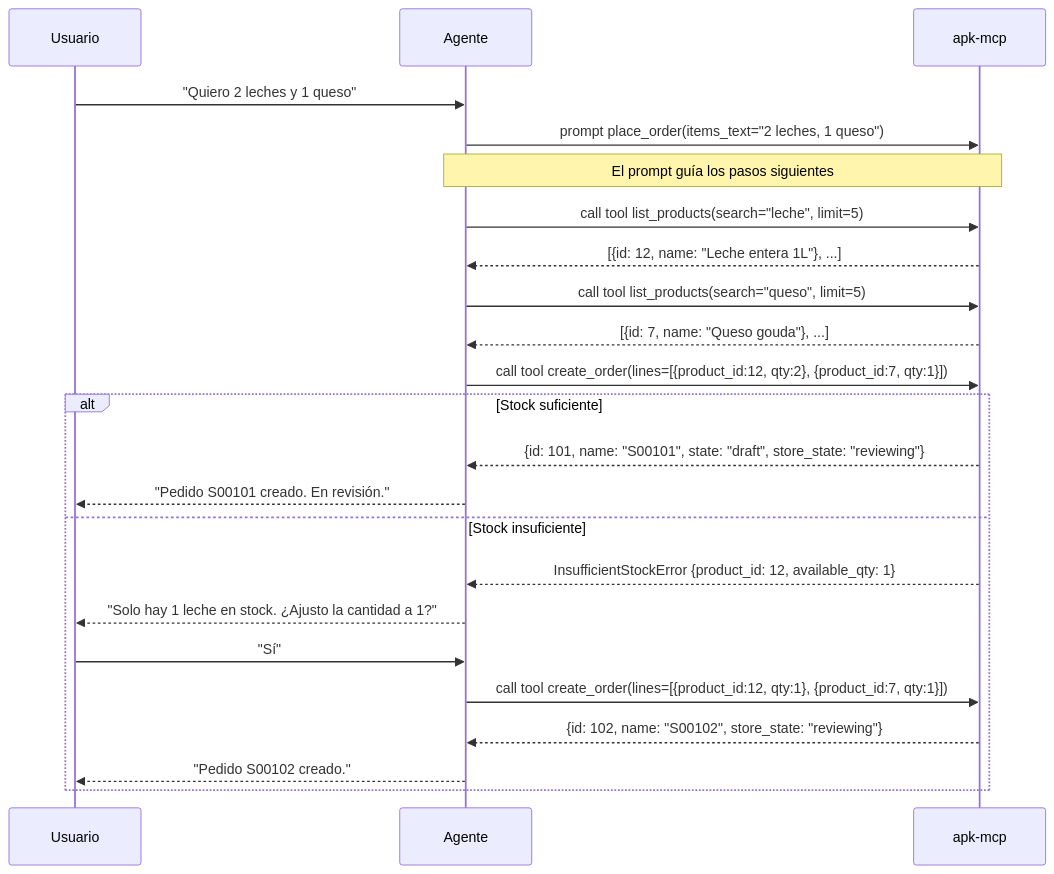
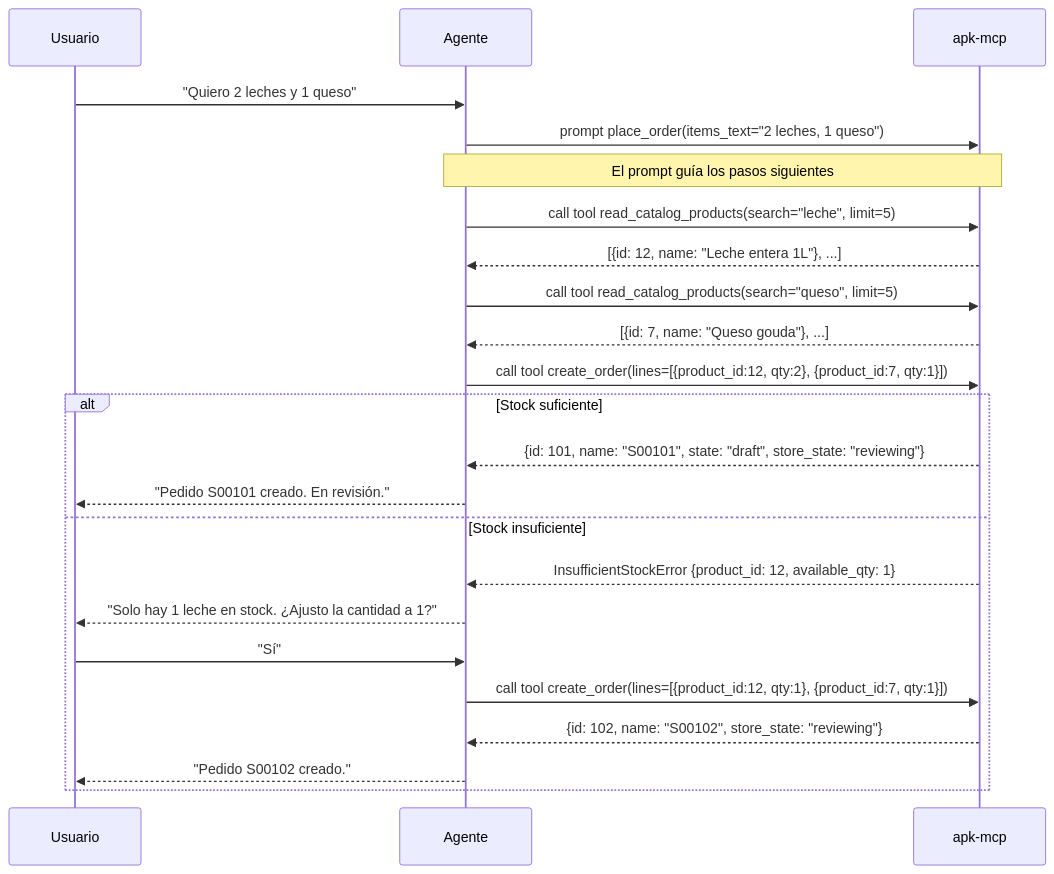
One commit to aprezcuba24/odoo-shop-mcp changed the fourth of 4 diagrams in docs/flujo-uso-agente.md. Above: the diagram before and after it, drawn with Mermaid. The commit also changed other lines of this file and 5 other files, not shown here.

````diff
--- a/docs/flujo-uso-agente.md
+++ b/docs/flujo-uso-agente.md
@@ -175,26 +175,26 @@
 ```mermaid
 sequenceDiagram
     participant U as Usuario
     participant A as Agente
     participant M as apk-mcp
 
     U->>A: "Quiero 2 leches y 1 queso"
     A->>M: prompt place_order(items_text="2 leches, 1 queso")
     Note over A,M: El prompt guía los pasos siguientes
-    A->>M: call tool list_products(search="leche", limit=5)
+    A->>M: call tool read_catalog_products(search="leche", limit=5)
     M-->>A: [{id: 12, name: "Leche entera 1L"}, ...]
-    A->>M: call tool list_products(search="queso", limit=5)
+    A->>M: call tool read_catalog_products(search="queso", limit=5)
     M-->>A: [{id: 7, name: "Queso gouda"}, ...]
     A->>M: call tool create_order(lines=[{product_id:12, qty:2}, {product_id:7, qty:1}])
     alt Stock suficiente
         M-->>A: {id: 101, name: "S00101", state: "draft", store_state: "reviewing"}
         A-->>U: "Pedido S00101 creado. En revisión."
     else Stock insuficiente
         M-->>A: InsufficientStockError {product_id: 12, available_qty: 1}
         A-->>U: "Solo hay 1 leche en stock. ¿Ajusto la cantidad a 1?"
         U->>A: "Sí"
         A->>M: call tool create_order(lines=[{product_id:12, qty:1}, {product_id:7, qty:1}])
         M-->>A: {id: 102, name: "S00102", store_state: "reviewing"}
         A-->>U: "Pedido S00102 creado."
     end
 ```
````
